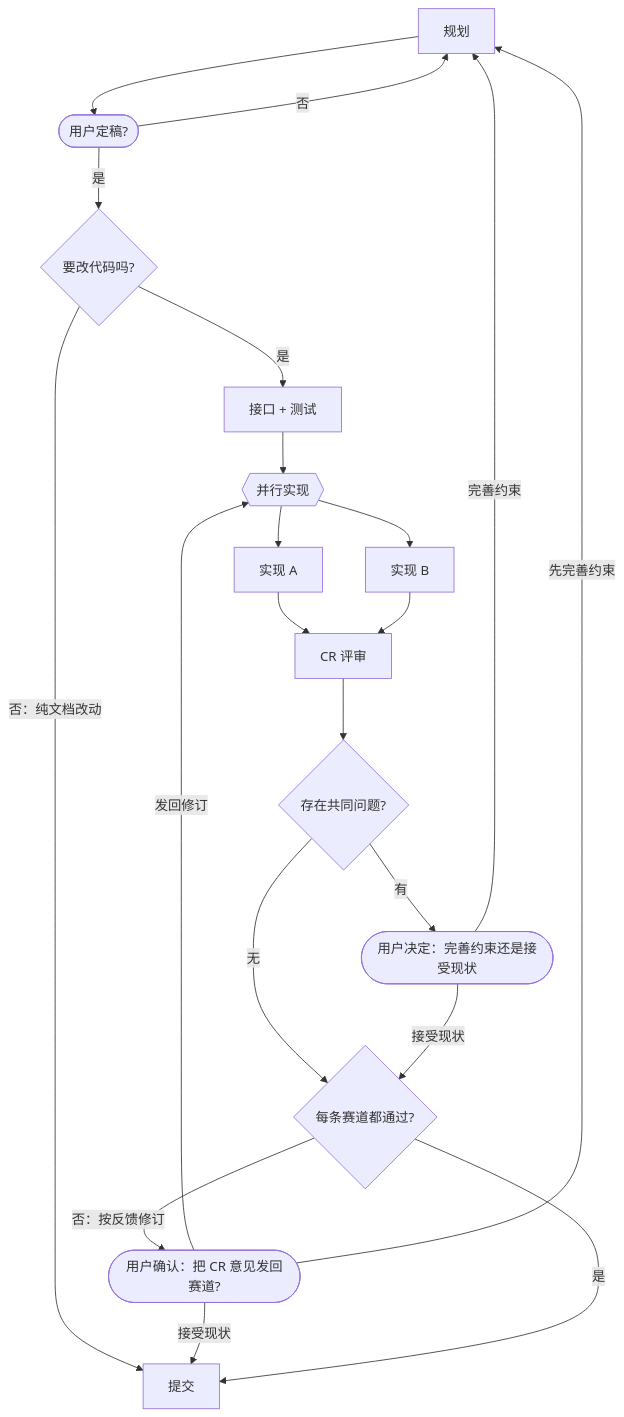
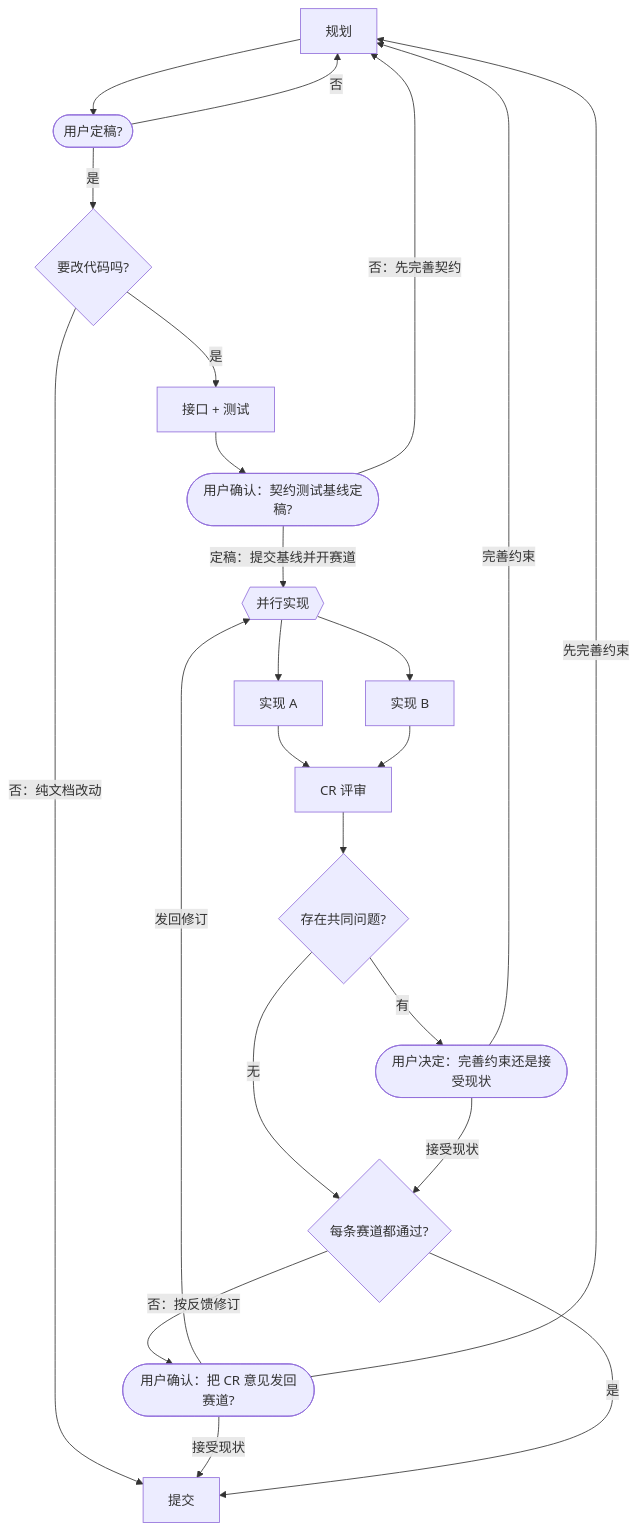
Before and after one commit to hanbernate/dsh-racing-code: the diagram in docs/racing-code.md, drawn with Mermaid. The commit also changed other lines of this file and 7 other files, not shown here.

First line of the commit message:
contract: baseline gate between contract tests and race (red)

````diff
--- a/docs/racing-code.md
+++ b/docs/racing-code.md
@@ -33,24 +34,26 @@
 ```mermaid
 flowchart TD
   %% entry: plan
   plan["规划"] --> final(["用户定稿?"])
   final -- "否" --> plan
   final -- "是" --> needs-code{"要改代码吗?"}
   needs-code -- "否：纯文档改动" --> commit["提交"]
   needs-code -- "是" --> contract-tests["接口 + 测试"]
-  contract-tests --> race{{"并行实现"}}
+  contract-tests --> baseline(["用户确认：契约测试基线定稿?"])
+  baseline -- "定稿：提交基线并开赛道" --> race{{"并行实现"}}
+  baseline -- "否：先完善契约" --> plan
   race --> implement-a["实现 A"]
   race --> implement-b["实现 B"]
   implement-a --> cr["CR 评审"]
   implement-b --> cr
   cr --> common{"存在共同问题?"}
   common -- "有" --> gate(["用户决定：完善约束还是接受现状"])
   common -- "无" --> verdict{"每条赛道都通过?"}
   gate -- "完善约束" --> plan
   gate -- "接受现状" --> verdict
   verdict -- "否：按反馈修订" --> confirm(["用户确认：把 CR 意见发回赛道?"])
   confirm -- "发回修订" --> race
   confirm -- "先完善约束" --> plan
   confirm -- "接受现状" --> commit
   verdict -- "是" --> commit
 ```
````
